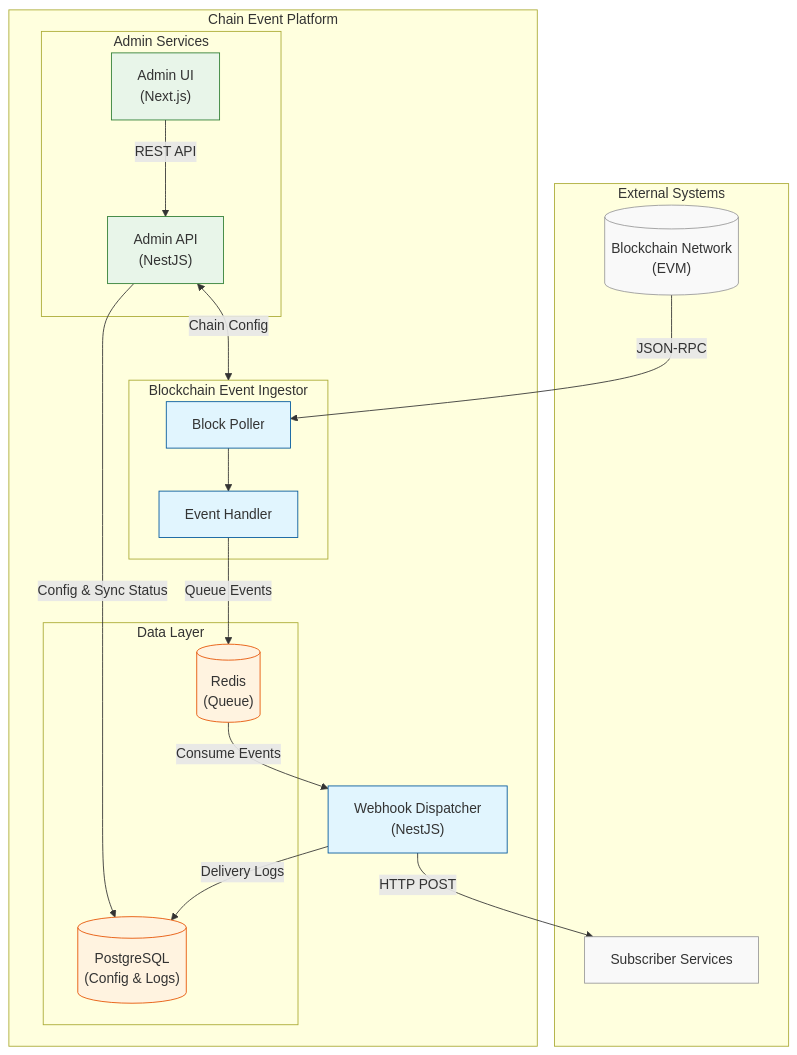
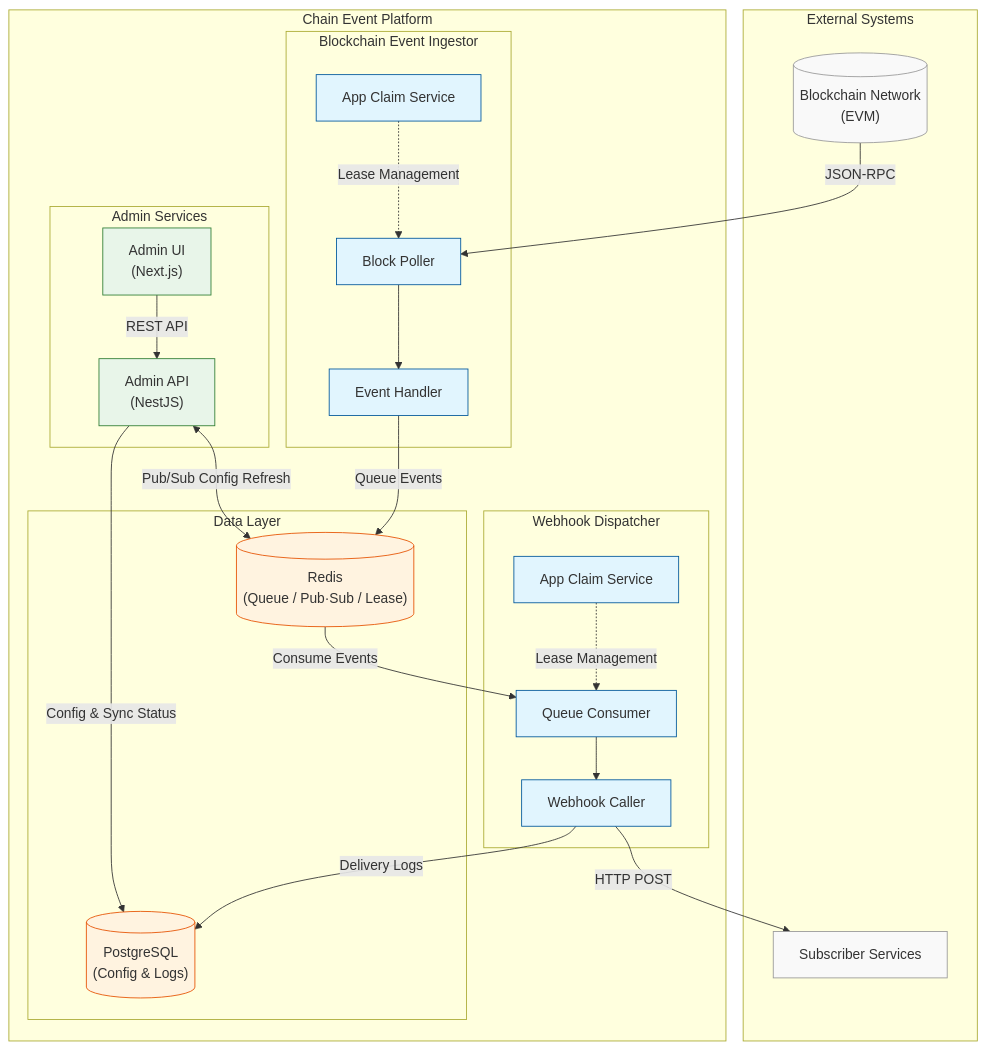
One commit to ymseok/chain-event-platform changed the first of 3 diagrams in README.md. Above: the diagram before and after it, drawn with Mermaid. The commit also changed other lines of this file, not shown here.

````diff
--- a/README.md
+++ b/README.md
@@ -20,49 +23,57 @@
 ```mermaid
 flowchart TB
     subgraph External["External Systems"]
         BC[("Blockchain Network<br/>(EVM)")]
         SUB["Subscriber Services"]
     end
 
     subgraph Platform["Chain Event Platform"]
         subgraph Ingestor["Blockchain Event Ingestor"]
             BP["Block Poller"]
             EH["Event Handler"]
+            AC1["App Claim Service"]
             BP --> EH
+            AC1 -.->|"Lease Management"| BP
         end
 
         subgraph Storage["Data Layer"]
-            REDIS[("Redis<br/>(Queue)")]
+            REDIS[("Redis<br/>(Queue / Pub·Sub / Lease)")]
             PG[("PostgreSQL<br/>(Config & Logs)")]
         end
 
         subgraph Admin["Admin Services"]
             API["Admin API<br/>(NestJS)"]
             UI["Admin UI<br/>(Next.js)"]
         end
 
-        WD["Webhook Dispatcher<br/>(NestJS)"]
+        subgraph Dispatcher["Webhook Dispatcher"]
+            QC["Queue Consumer"]
+            WC["Webhook Caller"]
+            AC2["App Claim Service"]
+            QC --> WC
+            AC2 -.->|"Lease Management"| QC
+        end
     end
 
     %% Connections
     BC -->|"JSON-RPC"| BP
     EH -->|"Queue Events"| REDIS
-    REDIS -->|"Consume Events"| WD
-    WD -->|"HTTP POST"| SUB
-    WD -->|"Delivery Logs"| PG
+    REDIS -->|"Consume Events"| QC
+    WC -->|"HTTP POST"| SUB
+    WC -->|"Delivery Logs"| PG
 
     API -->|"Config & Sync Status"| PG
-    API <-->|"Chain Config"| Ingestor
+    API <-->|"Pub/Sub Config Refresh"| REDIS
     UI -->|"REST API"| API
 
     %% Styling
     classDef external fill:#f9f9f9,stroke:#999
     classDef service fill:#e1f5fe,stroke:#01579b
     classDef storage fill:#fff3e0,stroke:#e65100
     classDef admin fill:#e8f5e9,stroke:#2e7d32
 
     class BC,SUB external
-    class BP,EH,WD service
+    class BP,EH,AC1,QC,WC,AC2 service
     class REDIS,PG storage
     class API,UI admin
 ```
````
